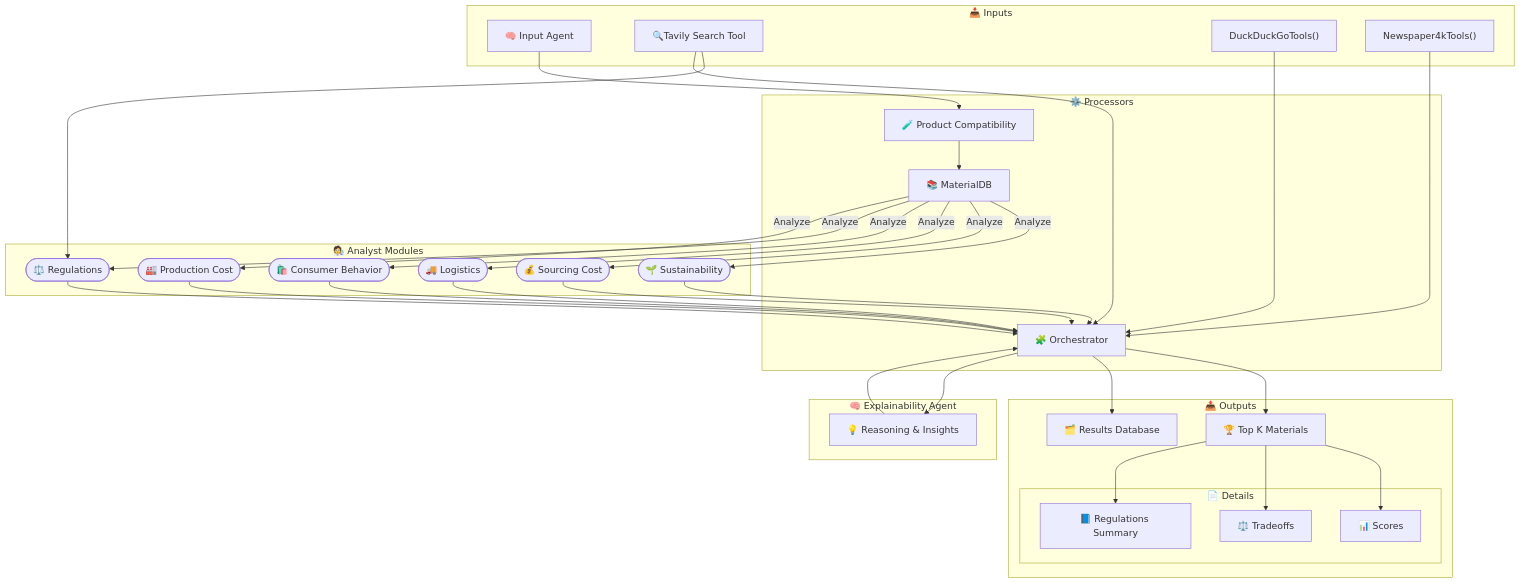
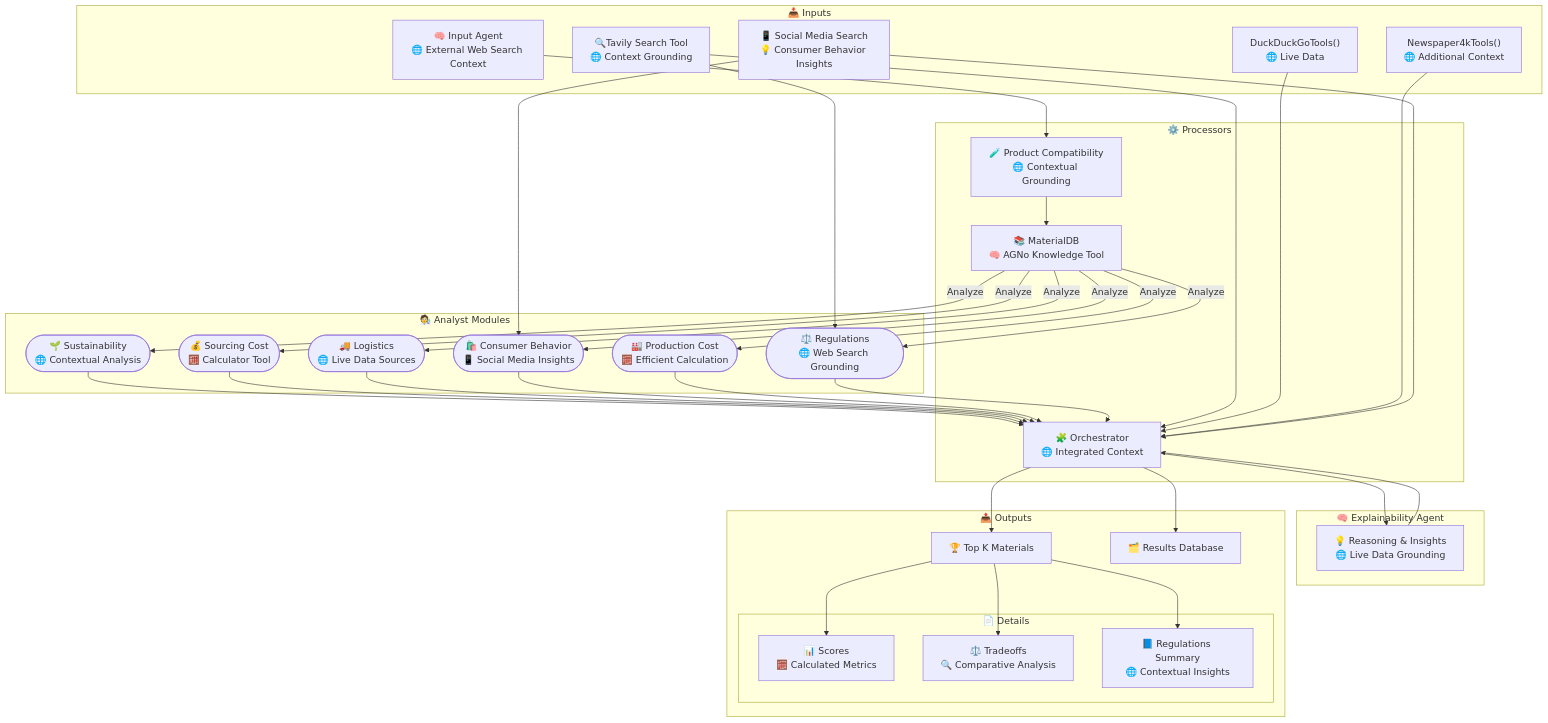
The diagram in README.md (codegeek03/Blue_Yonder_Sustainable_Packaging_Challenge), drawn with Mermaid before and after one commit.

````diff
--- a/README.md
+++ b/README.md
@@ -9,76 +9,70 @@
 ```mermaid
 ---
 config:
   layout: dagre
 ---
 flowchart TD
-
   %% Input Sources
   subgraph Inputs["📥 Inputs"]
-    Z["🧠 Input Agent"]
-    WikiSearch["🔍Tavily Search Tool"]
-    DuckDuckGo["DuckDuckGoTools()"]
-    Newspaper4kTools["Newspaper4kTools()"]
+    Z["🧠 Input Agent\n🌐 External Web Search Context"]
+    WikiSearch["🔍Tavily Search Tool\n🌐 Context Grounding"]
+    DuckDuckGo["DuckDuckGoTools()\n🌐 Live Data"]
+    Newspaper4kTools["Newspaper4kTools()\n🌐 Additional Context"]
+    SocialMedia["📱 Social Media Search\n💡 Consumer Behavior Insights"]
   end
-
   %% Analyst Group
-  subgraph Analyst_Group["🧑‍🔬 Analyst Modules"]
-    C(["🌱 Sustainability"])
-    D(["💰 Sourcing Cost"])
-    E(["🚚 Logistics"])
-    F(["🛍️ Consumer Behavior"])
-    R(["⚖️ Regulations"])
-    P(["🏭 Production Cost"])
+  subgraph Analyst_Modules["🧑‍🔬 Analyst Modules"]
+    C(["🌱 Sustainability\n🌐 Contextual Analysis"])
+    D(["💰 Sourcing Cost\n🧮 Calculator Tool"])
+    E(["🚚 Logistics\n🌐 Live Data Sources"])
+    F(["🛍️ Consumer Behavior\n📱 Social Media Insights"])
+    R(["⚖️ Regulations\n🌐 Web Search Grounding"])
+    P(["🏭 Production Cost\n🧮 Efficient Calculation"])
   end
-
   %% Processing Units
   subgraph Processors["⚙️ Processors"]
-    A["🧪 Product Compatibility"]
-    B["📚 MaterialDB"]
-    G["🧩 Orchestrator"]
+    A["🧪 Product Compatibility\n🌐 Contextual Grounding"]
+    B["📚 MaterialDB\n🧠 AGNo Knowledge Tool"]
+    G["🧩 Orchestrator\n🌐 Integrated Context"]
   end
-
   %% Explainability & Reasoning
   subgraph Explainability["🧠 Explainability Agent"]
-    EX["💡 Reasoning & Insights"]
+    EX["💡 Reasoning & Insights\n🌐 Live Data Grounding"]
   end
-
   %% Output Results
   subgraph Outputs["📤 Outputs"]
     H["🏆 Top K Materials"]
     subgraph Details["📄 Details"]
-      Scores["📊 Scores"]
-      Tradeoffs["⚖️ Tradeoffs"]
-      RegNotes["📘 Regulations Summary"]
+      Scores["📊 Scores\n🧮 Calculated Metrics"]
+      Tradeoffs["⚖️ Tradeoffs\n🔍 Comparative Analysis"]
+      RegNotes["📘 Regulations Summary\n🌐 Contextual Insights"]
     end
     ResultsDB["🗂️ Results Database"]
   end
-
   %% Data Flow
   Z --> A
   A --> B
   WikiSearch --> R
+  SocialMedia --> F
   B -- Analyze --> C & D & E & F & R & P
   C --> G
   D --> G
   E --> G
   F --> G
   P --> G
   R --> G
   WikiSearch --> G
   DuckDuckGo --> G
   Newspaper4kTools --> G
-
+  SocialMedia --> G
   %% Orchestration to outputs and explainability
   G --> H
   G --> ResultsDB
   G --> EX
   
-
   %% Details flow
   H --> Scores & Tradeoffs & RegNotes
-
   %% Explainability feedback loop
   EX --> G
 
 ```
````
